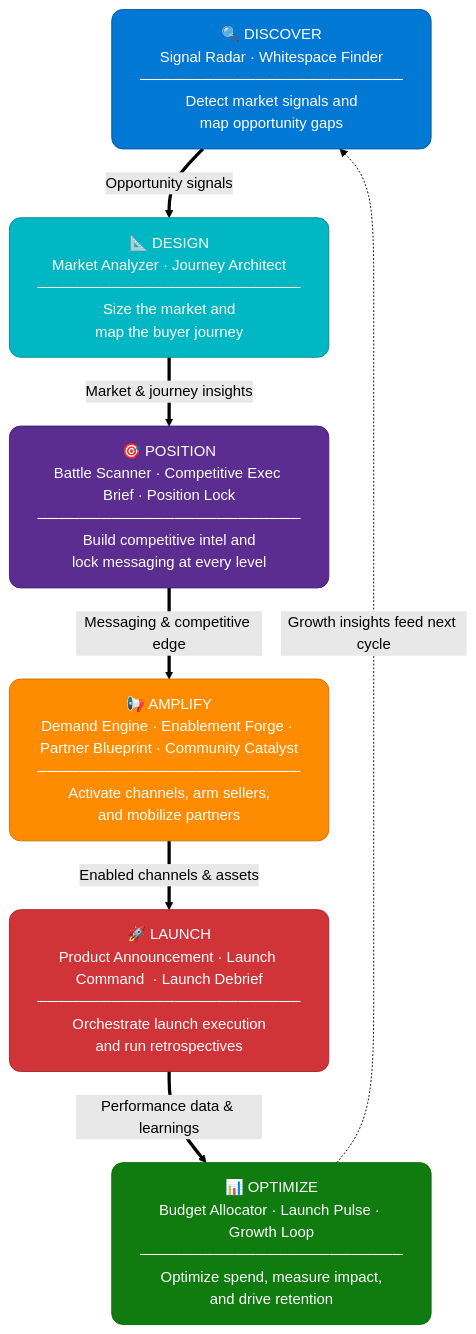
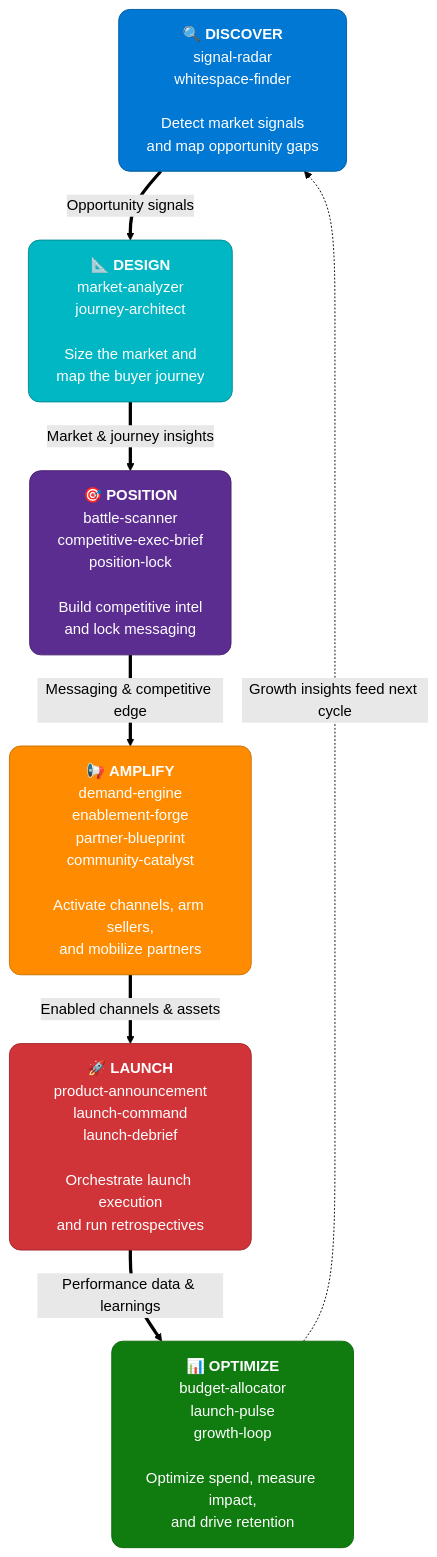
One commit to varunk130/ai-gtm-skill-library changed the second of 3 diagrams in README.md. Above: the diagram before and after it, drawn with Mermaid (forest theme). The commit also changed other lines of this file, not shown here.

Commit message:
fix(readme): repair cut-off text in ecosystem and workflow diagrams (#21)
Two Mermaid diagrams had text getting clipped on GitHub:

1. Ecosystem Architecture (flowchart LR) — POSITION, AMPLIFY, OPTIMIZE
   nodes packed 2 skill names per line separated by '·', which made
   the node boxes wider than the layout could fit on narrower viewports.
   Split into one skill per line.

2. Full GTM Lifecycle (flowchart TD) — used '\n' line breaks inside
   double-quoted labels (less reliably rendered by GitHub's Mermaid
   than '<br/>'), and used a 25-char '─────────────────────────' divider
   that forced every node box to that minimum width. Replaced '\n' with
   '<br/>', dropped the divider in favor of a blank '<br/>' line, and
   split long skill lists one-per-line.

````diff
--- a/README.md
+++ b/README.md
@@ -122,28 +122,28 @@
 ```mermaid
 flowchart TD
-    DISCOVER["🔍 DISCOVER\nSignal Radar · Whitespace Finder\n─────────────────────────\nDetect market signals and\nmap opportunity gaps"]
+    DISCOVER["🔍 <b>DISCOVER</b><br/>signal-radar<br/>whitespace-finder<br/><br/>Detect market signals<br/>and map opportunity gaps"]
 
-    DESIGN["📐 DESIGN\nMarket Analyzer · Journey Architect\n─────────────────────────\nSize the market and\nmap the buyer journey"]
+    DESIGN["📐 <b>DESIGN</b><br/>market-analyzer<br/>journey-architect<br/><br/>Size the market and<br/>map the buyer journey"]
 
-    POSITION["🎯 POSITION\nBattle Scanner · Competitive Exec Brief · Position Lock\n─────────────────────────\nBuild competitive intel and\nlock messaging at every level"]
+    POSITION["🎯 <b>POSITION</b><br/>battle-scanner<br/>competitive-exec-brief<br/>position-lock<br/><br/>Build competitive intel<br/>and lock messaging"]
 
-    AMPLIFY["📢 AMPLIFY\nDemand Engine · Enablement Forge · Partner Blueprint · Community Catalyst\n─────────────────────────\nActivate channels, arm sellers,\nand mobilize partners"]
+    AMPLIFY["📢 <b>AMPLIFY</b><br/>demand-engine<br/>enablement-forge<br/>partner-blueprint<br/>community-catalyst<br/><br/>Activate channels, arm sellers,<br/>and mobilize partners"]
 
-    LAUNCH["🚀 LAUNCH\nProduct Announcement · Launch Command  · Launch Debrief\n─────────────────────────\nOrchestrate launch execution\nand run retrospectives"]
+    LAUNCH["🚀 <b>LAUNCH</b><br/>product-announcement<br/>launch-command<br/>launch-debrief<br/><br/>Orchestrate launch execution<br/>and run retrospectives"]
 
-    OPTIMIZE["📊 OPTIMIZE\nBudget Allocator · Launch Pulse · Growth Loop\n─────────────────────────\nOptimize spend, measure impact,\nand drive retention"]
+    OPTIMIZE["📊 <b>OPTIMIZE</b><br/>budget-allocator<br/>launch-pulse<br/>growth-loop<br/><br/>Optimize spend, measure impact,<br/>and drive retention"]
 
     DISCOVER ==>|"Opportunity signals"| DESIGN
     DESIGN ==>|"Market & journey insights"| POSITION
     POSITION ==>|"Messaging & competitive edge"| AMPLIFY
     AMPLIFY ==>|"Enabled channels & assets"| LAUNCH
     LAUNCH ==>|"Performance data & learnings"| OPTIMIZE
     OPTIMIZE -.->|"Growth insights feed next cycle"| DISCOVER
 
     style DISCOVER fill:#0078D4,stroke:#005A9E,color:#fff,rx:12,ry:12
     style DESIGN fill:#00B7C3,stroke:#008B94,color:#fff,rx:12,ry:12
     style POSITION fill:#5C2D91,stroke:#451F6E,color:#fff,rx:12,ry:12
     style AMPLIFY fill:#FF8C00,stroke:#CC7000,color:#fff,rx:12,ry:12
     style LAUNCH fill:#D13438,stroke:#A4262C,color:#fff,rx:12,ry:12
     style OPTIMIZE fill:#107C10,stroke:#0B6A0B,color:#fff,rx:12,ry:12
 ```
````
